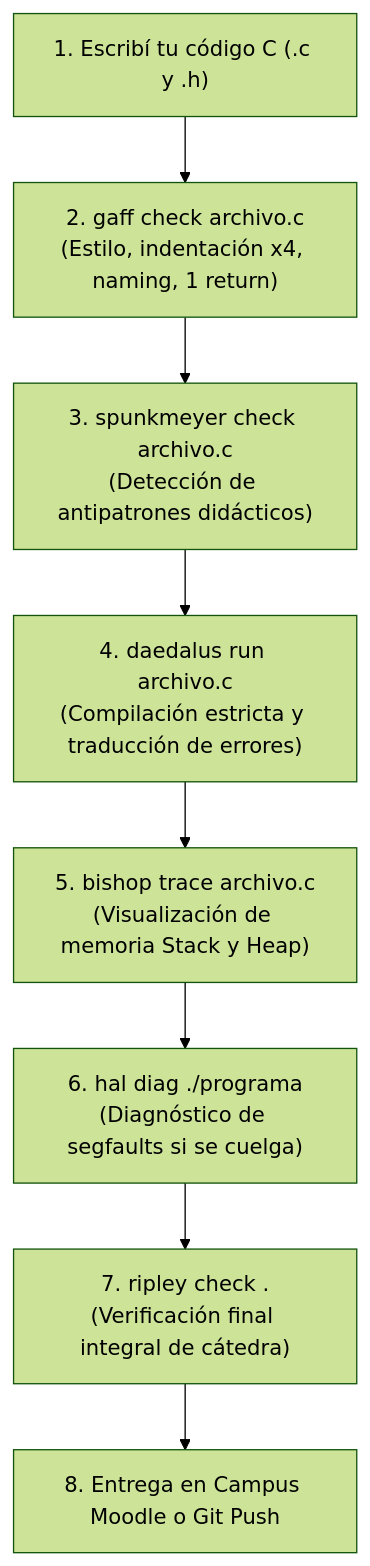
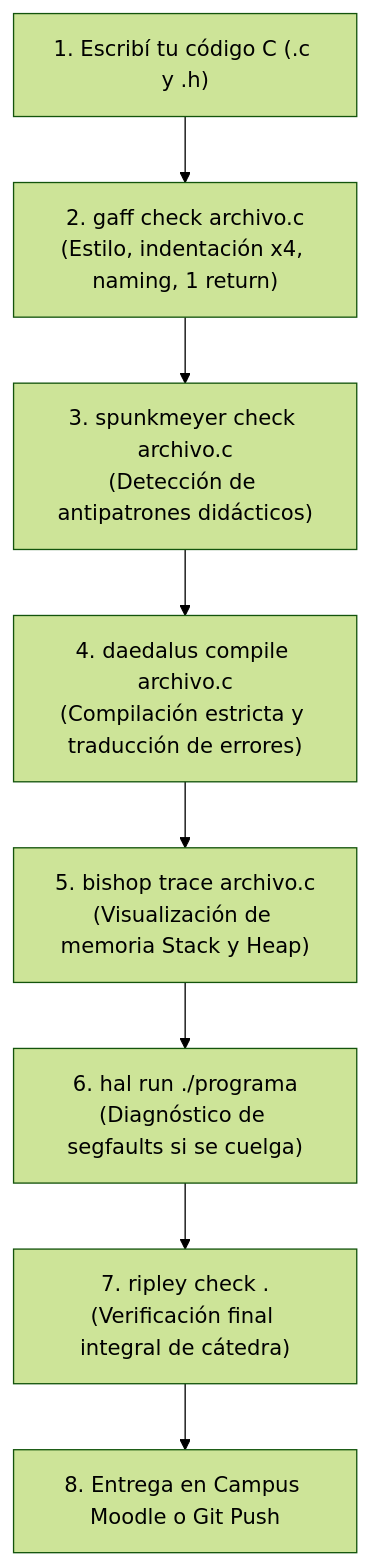
Before and after one commit to INGCOM-UNRN-P1/toolbox: the diagram in MANUAL_ESTUDIANTE.md, drawn with Mermaid (forest theme). The commit also changed other lines of this file and 1 other file, not shown here.

````diff
--- a/MANUAL_ESTUDIANTE.md
+++ b/MANUAL_ESTUDIANTE.md
@@ -66,19 +70,19 @@
 ```mermaid
 flowchart TD
     CODIGO["1. Escribí tu código C (.c y .h)"]
     GAFF["2. gaff check archivo.c<br/>(Estilo, indentación x4, naming, 1 return)"]
     SPUNK["3. spunkmeyer check archivo.c<br/>(Detección de antipatrones didácticos)"]
-    DAED["4. daedalus run archivo.c<br/>(Compilación estricta y traducción de errores)"]
+    DAED["4. daedalus compile archivo.c<br/>(Compilación estricta y traducción de errores)"]
     BISHOP["5. bishop trace archivo.c<br/>(Visualización de memoria Stack y Heap)"]
-    HAL["6. hal diag ./programa<br/>(Diagnóstico de segfaults si se cuelga)"]
+    HAL["6. hal run ./programa<br/>(Diagnóstico de segfaults si se cuelga)"]
     RIPLEY["7. ripley check .<br/>(Verificación final integral de cátedra)"]
     ENTREGA["8. Entrega en Campus Moodle o Git Push"]
 
     CODIGO --> GAFF
     GAFF --> SPUNK
     SPUNK --> DAED
     DAED --> BISHOP
     BISHOP --> HAL
     HAL --> RIPLEY
     RIPLEY --> ENTREGA
 ```
````
